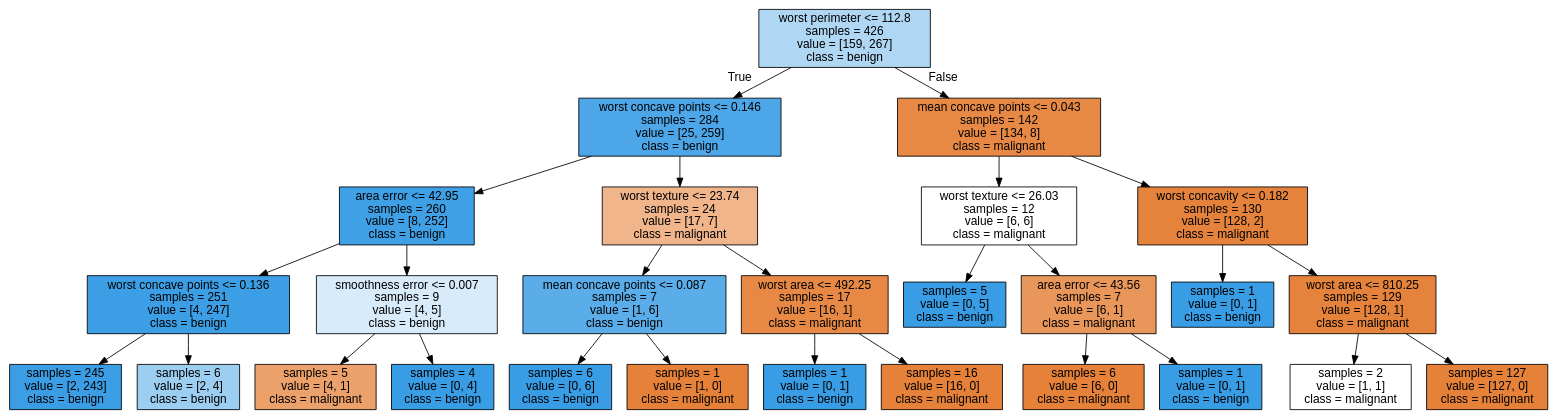
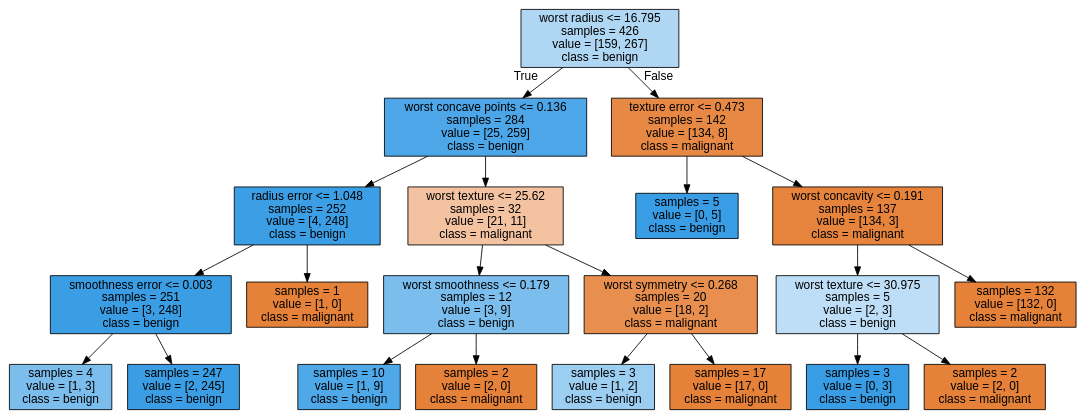
The diagram in dtc.dot (oguzhanilikcay/introduction-to-ML), drawn with Graphviz before and after one commit. The commit also changed 20 other files, not shown here.

```diff
--- a/dtc.dot
+++ b/dtc.dot
@@ -1,57 +1,45 @@
 digraph Tree {
 node [shape=box, style="filled", color="black", fontname="helvetica"] ;
 edge [fontname="helvetica"] ;
-0 [label="worst perimeter <= 112.8\nsamples = 426\nvalue = [159, 267]\nclass = benign", fillcolor="#afd7f4"] ;
-1 [label="worst concave points <= 0.146\nsamples = 284\nvalue = [25, 259]\nclass = benign", fillcolor="#4ca6e8"] ;
+0 [label="worst radius <= 16.795\nsamples = 426\nvalue = [159, 267]\nclass = benign", fillcolor="#afd7f4"] ;
+1 [label="worst concave points <= 0.136\nsamples = 284\nvalue = [25, 259]\nclass = benign", fillcolor="#4ca6e8"] ;
 0 -> 1 [labeldistance=2.5, labelangle=45, headlabel="True"] ;
-2 [label="area error <= 42.95\nsamples = 260\nvalue = [8, 252]\nclass = benign", fillcolor="#3fa0e6"] ;
+2 [label="radius error <= 1.048\nsamples = 252\nvalue = [4, 248]\nclass = benign", fillcolor="#3c9fe5"] ;
 1 -> 2 ;
-3 [label="worst concave points <= 0.136\nsamples = 251\nvalue = [4, 247]\nclass = benign", fillcolor="#3c9fe5"] ;
+3 [label="smoothness error <= 0.003\nsamples = 251\nvalue = [3, 248]\nclass = benign", fillcolor="#3b9ee5"] ;
 2 -> 3 ;
-4 [label="samples = 245\nvalue = [2, 243]\nclass = benign", fillcolor="#3b9ee5"] ;
+4 [label="samples = 4\nvalue = [1, 3]\nclass = benign", fillcolor="#7bbeee"] ;
 3 -> 4 ;
-5 [label="samples = 6\nvalue = [2, 4]\nclass = benign", fillcolor="#9ccef2"] ;
+5 [label="samples = 247\nvalue = [2, 245]\nclass = benign", fillcolor="#3b9ee5"] ;
 3 -> 5 ;
-6 [label="smoothness error <= 0.007\nsamples = 9\nvalue = [4, 5]\nclass = benign", fillcolor="#d7ebfa"] ;
+6 [label="samples = 1\nvalue = [1, 0]\nclass = malignant", fillcolor="#e58139"] ;
 2 -> 6 ;
-7 [label="samples = 5\nvalue = [4, 1]\nclass = malignant", fillcolor="#eca06a"] ;
-6 -> 7 ;
-8 [label="samples = 4\nvalue = [0, 4]\nclass = benign", fillcolor="#399de5"] ;
-6 -> 8 ;
-9 [label="worst texture <= 23.74\nsamples = 24\nvalue = [17, 7]\nclass = malignant", fillcolor="#f0b58b"] ;
-1 -> 9 ;
-10 [label="mean concave points <= 0.087\nsamples = 7\nvalue = [1, 6]\nclass = benign", fillcolor="#5aade9"] ;
-9 -> 10 ;
-11 [label="samples = 6\nvalue = [0, 6]\nclass = benign", fillcolor="#399de5"] ;
-10 -> 11 ;
-12 [label="samples = 1\nvalue = [1, 0]\nclass = malignant", fillcolor="#e58139"] ;
-10 -> 12 ;
-13 [label="worst area <= 492.25\nsamples = 17\nvalue = [16, 1]\nclass = malignant", fillcolor="#e78945"] ;
-9 -> 13 ;
-14 [label="samples = 1\nvalue = [0, 1]\nclass = benign", fillcolor="#399de5"] ;
-13 -> 14 ;
-15 [label="samples = 16\nvalue = [16, 0]\nclass = malignant", fillcolor="#e58139"] ;
-13 -> 15 ;
-16 [label="mean concave points <= 0.043\nsamples = 142\nvalue = [134, 8]\nclass = malignant", fillcolor="#e78945"] ;
-0 -> 16 [labeldistance=2.5, labelangle=-45, headlabel="False"] ;
-17 [label="worst texture <= 26.03\nsamples = 12\nvalue = [6, 6]\nclass = malignant", fillcolor="#ffffff"] ;
+7 [label="worst texture <= 25.62\nsamples = 32\nvalue = [21, 11]\nclass = malignant", fillcolor="#f3c3a1"] ;
+1 -> 7 ;
+8 [label="worst smoothness <= 0.179\nsamples = 12\nvalue = [3, 9]\nclass = benign", fillcolor="#7bbeee"] ;
+7 -> 8 ;
+9 [label="samples = 10\nvalue = [1, 9]\nclass = benign", fillcolor="#4fa8e8"] ;
+8 -> 9 ;
+10 [label="samples = 2\nvalue = [2, 0]\nclass = malignant", fillcolor="#e58139"] ;
+8 -> 10 ;
+11 [label="worst symmetry <= 0.268\nsamples = 20\nvalue = [18, 2]\nclass = malignant", fillcolor="#e88f4f"] ;
+7 -> 11 ;
+12 [label="samples = 3\nvalue = [1, 2]\nclass = benign", fillcolor="#9ccef2"] ;
+11 -> 12 ;
+13 [label="samples = 17\nvalue = [17, 0]\nclass = malignant", fillcolor="#e58139"] ;
+11 -> 13 ;
+14 [label="texture error <= 0.473\nsamples = 142\nvalue = [134, 8]\nclass = malignant", fillcolor="#e78945"] ;
+0 -> 14 [labeldistance=2.5, labelangle=-45, headlabel="False"] ;
+15 [label="samples = 5\nvalue = [0, 5]\nclass = benign", fillcolor="#399de5"] ;
+14 -> 15 ;
+16 [label="worst concavity <= 0.191\nsamples = 137\nvalue = [134, 3]\nclass = malignant", fillcolor="#e6843d"] ;
+14 -> 16 ;
+17 [label="worst texture <= 30.975\nsamples = 5\nvalue = [2, 3]\nclass = benign", fillcolor="#bddef6"] ;
 16 -> 17 ;
-18 [label="samples = 5\nvalue = [0, 5]\nclass = benign", fillcolor="#399de5"] ;
+18 [label="samples = 3\nvalue = [0, 3]\nclass = benign", fillcolor="#399de5"] ;
 17 -> 18 ;
-19 [label="area error <= 43.56\nsamples = 7\nvalue = [6, 1]\nclass = malignant", fillcolor="#e9965a"] ;
+19 [label="samples = 2\nvalue = [2, 0]\nclass = malignant", fillcolor="#e58139"] ;
 17 -> 19 ;
-20 [label="samples = 6\nvalue = [6, 0]\nclass = malignant", fillcolor="#e58139"] ;
-19 -> 20 ;
-21 [label="samples = 1\nvalue = [0, 1]\nclass = benign", fillcolor="#399de5"] ;
-19 -> 21 ;
-22 [label="worst concavity <= 0.182\nsamples = 130\nvalue = [128, 2]\nclass = malignant", fillcolor="#e5833c"] ;
-16 -> 22 ;
-23 [label="samples = 1\nvalue = [0, 1]\nclass = benign", fillcolor="#399de5"] ;
-22 -> 23 ;
-24 [label="worst area <= 810.25\nsamples = 129\nvalue = [128, 1]\nclass = malignant", fillcolor="#e5823b"] ;
-22 -> 24 ;
-25 [label="samples = 2\nvalue = [1, 1]\nclass = malignant", fillcolor="#ffffff"] ;
-24 -> 25 ;
-26 [label="samples = 127\nvalue = [127, 0]\nclass = malignant", fillcolor="#e58139"] ;
-24 -> 26 ;
+20 [label="samples = 132\nvalue = [132, 0]\nclass = malignant", fillcolor="#e58139"] ;
+16 -> 20 ;
 }
```
